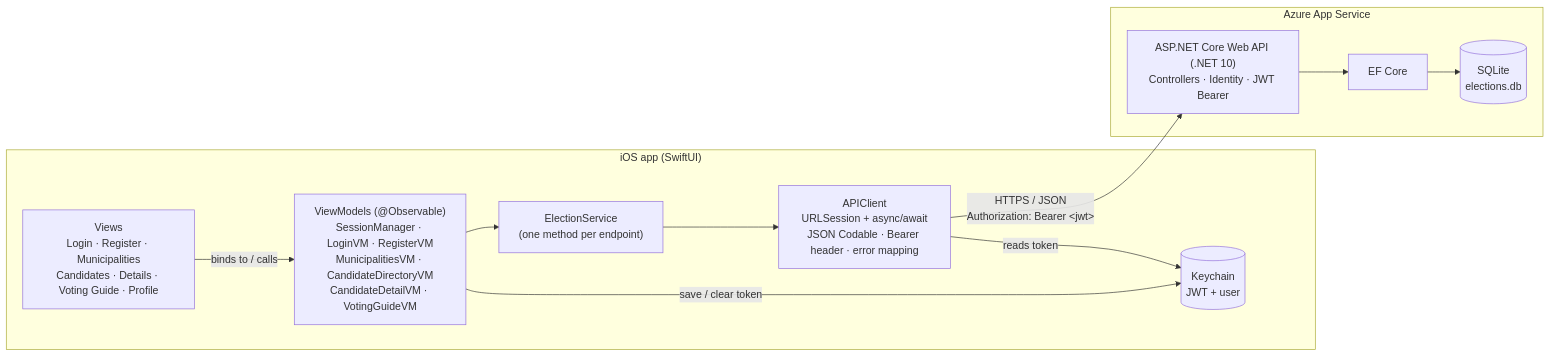
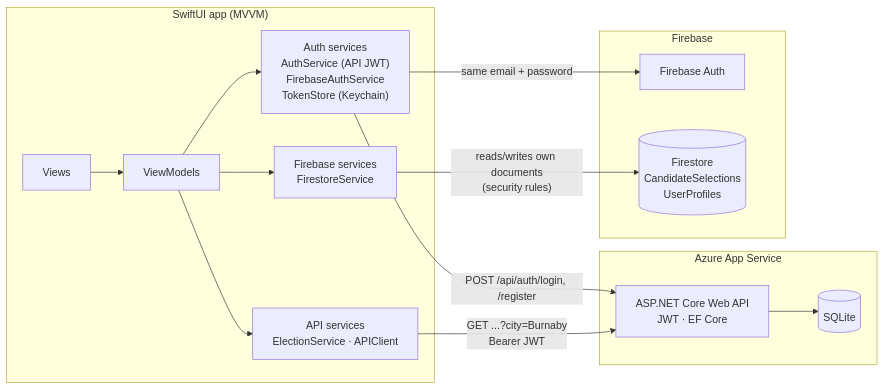
Before and after one commit to sonboiii/IOS4977-A1: the diagram in MunicipalElectionsCompanion/README.md, drawn with Mermaid. The commit also changed other lines of this file and 41 other files, not shown here.

First line of the commit message:
Assignment 2 iOS: Firebase selections, municipality config, adaptive UI

````diff
--- a/MunicipalElectionsCompanion/README.md
+++ b/MunicipalElectionsCompanion/README.md
@@ -21,23 +26,20 @@
 ```mermaid
 flowchart LR
-    subgraph iOS["iOS app (SwiftUI)"]
-        V["Views<br/>Login · Register · Municipalities<br/>Candidates · Details · Voting Guide · Profile"]
-        VM["ViewModels (@Observable)<br/>SessionManager · LoginVM · RegisterVM<br/>MunicipalitiesVM · CandidateDirectoryVM<br/>CandidateDetailVM · VotingGuideVM"]
-        S["ElectionService<br/>(one method per endpoint)"]
-        C["APIClient<br/>URLSession + async/await<br/>JSON Codable · Bearer header · error mapping"]
-        K[("Keychain<br/>JWT + user")]
-        V -- "binds to / calls" --> VM
-        VM --> S --> C
-        VM -- "save / clear token" --> K
-        C -- "reads token" --> K
+    subgraph iOS["SwiftUI app (MVVM)"]
+        V["Views"] --> VM["ViewModels"]
+        VM --> AS["Auth services<br/>AuthService (API JWT)<br/>FirebaseAuthService<br/>TokenStore (Keychain)"]
+        VM --> API["API services<br/>ElectionService · APIClient"]
+        VM --> FS["Firebase services<br/>FirestoreService"]
     end
-
     subgraph Azure["Azure App Service"]
-        API["ASP.NET Core Web API (.NET 10)<br/>Controllers · Identity · JWT Bearer"]
-        EF["EF Core"]
-        DB[("SQLite<br/>elections.db")]
-        API --> EF --> DB
+        WEB["ASP.NET Core Web API<br/>JWT · EF Core"] --> DB[("SQLite")]
     end
-
-    C -- "HTTPS / JSON<br/>Authorization: Bearer &lt;jwt&gt;" --> API
+    subgraph Firebase["Firebase"]
+        FA["Firebase Auth"]
+        FD[("Firestore<br/>CandidateSelections<br/>UserProfiles")]
+    end
+    AS -- "POST /api/auth/login, /register" --> WEB
+    API -- "GET ...?city=Burnaby<br/>Bearer JWT" --> WEB
+    AS -- "same email + password" --> FA
+    FS -- "reads/writes own documents<br/>(security rules)" --> FD
 ```
````
